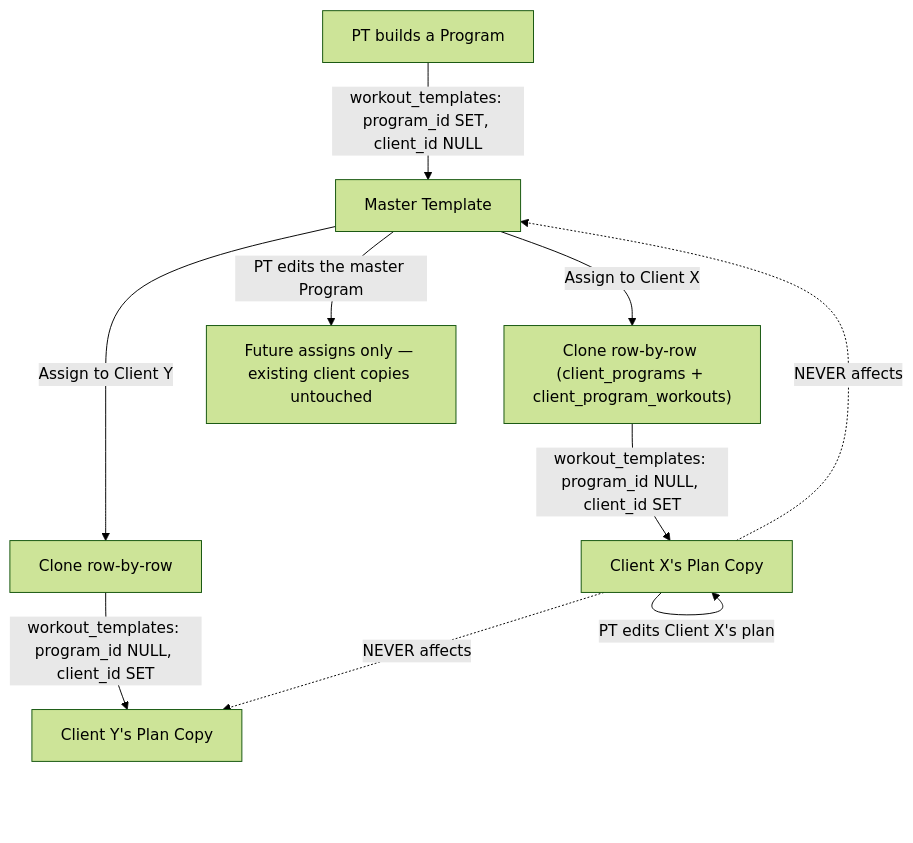
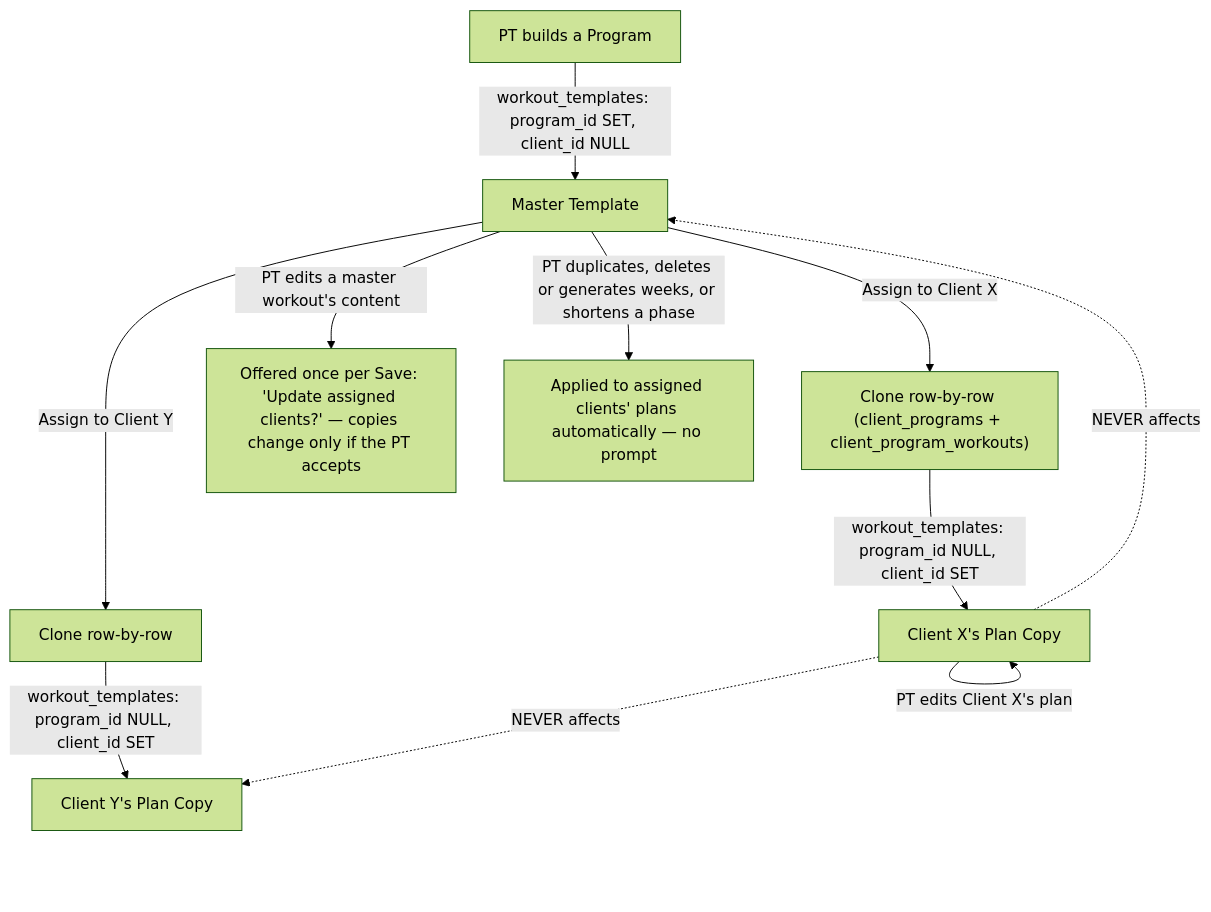
One commit to jakendwest-ops/coachapp changed the second of 4 diagrams in docs/schema.md. Above: the diagram before and after it, drawn with Mermaid (forest theme). The commit also changed other lines of this file and 7 other files, not shown here.

First line of the commit message:
docs: session save 2026-09-20 (no release; product-review plans saved, stale premises corrected)

````diff
--- a/docs/schema.md
+++ b/docs/schema.md
@@ -62,14 +62,15 @@
 ```mermaid
 flowchart TD
     A[PT builds a Program] -->|workout_templates: program_id SET, client_id NULL| B[Master Template]
     B -->|Assign to Client X| C["Clone row-by-row (client_programs + client_program_workouts)"]
     C -->|workout_templates: program_id NULL, client_id SET| D[Client X's Plan Copy]
     B -->|Assign to Client Y| E["Clone row-by-row"]
     E -->|workout_templates: program_id NULL, client_id SET| F[Client Y's Plan Copy]
 
     D -->|PT edits Client X's plan| D
     D -.->|"NEVER affects"| F
     D -.->|"NEVER affects"| B
 
-    B -->|PT edits the master Program| G["Future assigns only — existing client copies untouched"]
+    B -->|"PT edits a master workout's content"| G["Offered once per Save: 'Update assigned clients?' — copies change only if the PT accepts"]
+    B -->|"PT duplicates, deletes or generates weeks, or shortens a phase"| H["Applied to assigned clients' plans automatically — no prompt"]
 ```
````
